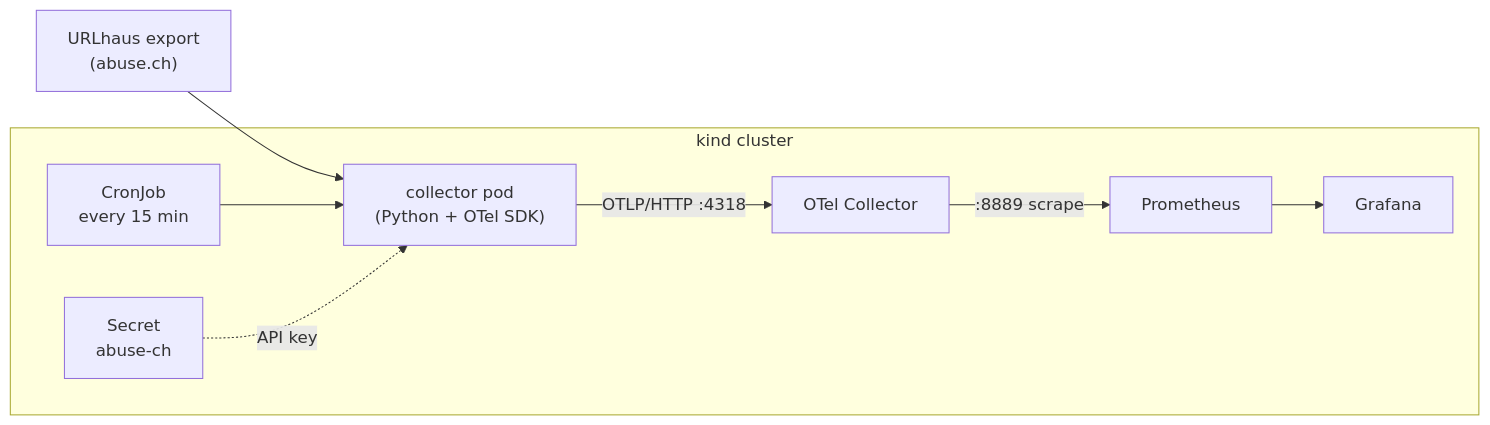
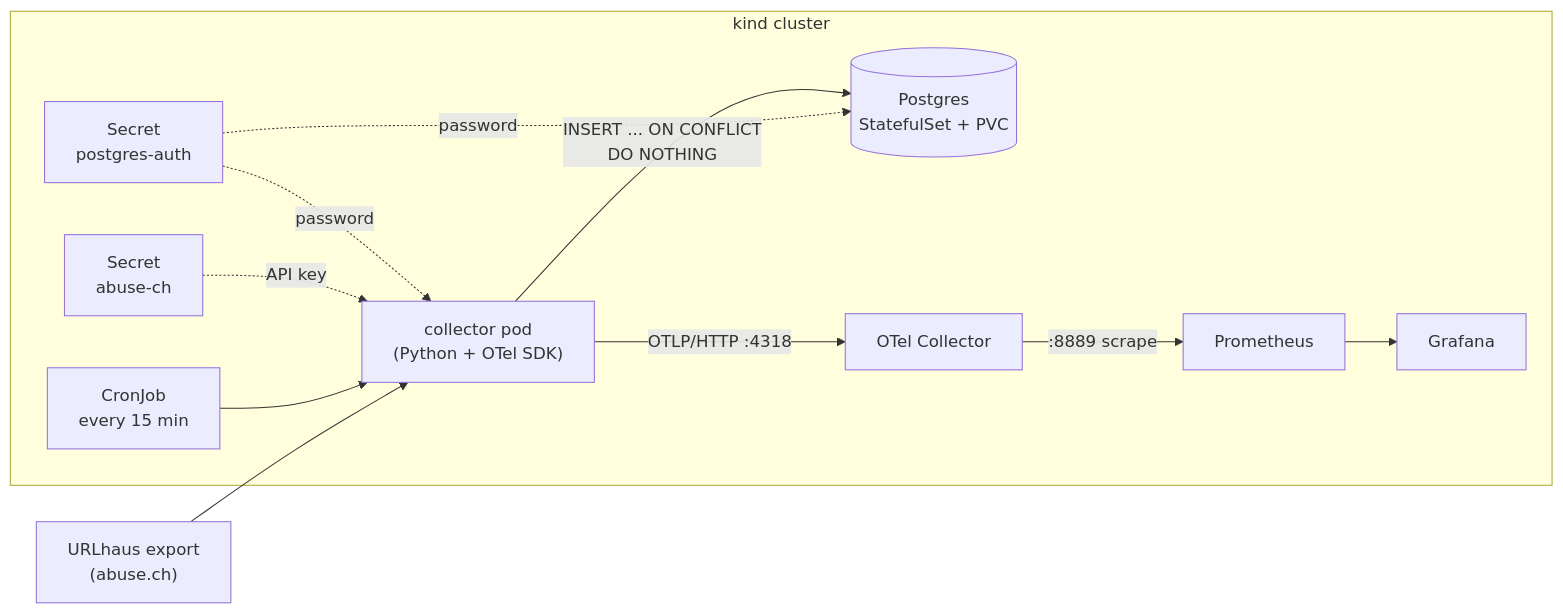
One commit to Gotaki/ioc-observatory changed the first of 2 diagrams in README.md. Above: the diagram before and after it, drawn with Mermaid. The commit also changed other lines of this file and 2 other files, not shown here.

Commit message:
Update README for Postgres storage and new dashboard panels

````diff
--- a/README.md
+++ b/README.md
@@ -21,12 +24,15 @@
 ```mermaid
 flowchart LR
     U["URLhaus export<br/>(abuse.ch)"] --> C
 
     subgraph K8s["kind cluster"]
         CJ["CronJob<br/>every 15 min"] --> C["collector pod<br/>(Python + OTel SDK)"]
-        S["Secret<br/>abuse-ch"] -.API key.-> C
+        S1["Secret<br/>abuse-ch"] -.API key.-> C
+        S2["Secret<br/>postgres-auth"] -.password.-> C
+        S2 -.password.-> DB
+        C -- "INSERT ... ON CONFLICT<br/>DO NOTHING" --> DB[("Postgres<br/>StatefulSet + PVC")]
         C -- "OTLP/HTTP :4318" --> OC["OTel Collector"]
         OC -- ":8889 scrape" --> P["Prometheus"]
         P --> G["Grafana"]
     end
 ```
````
